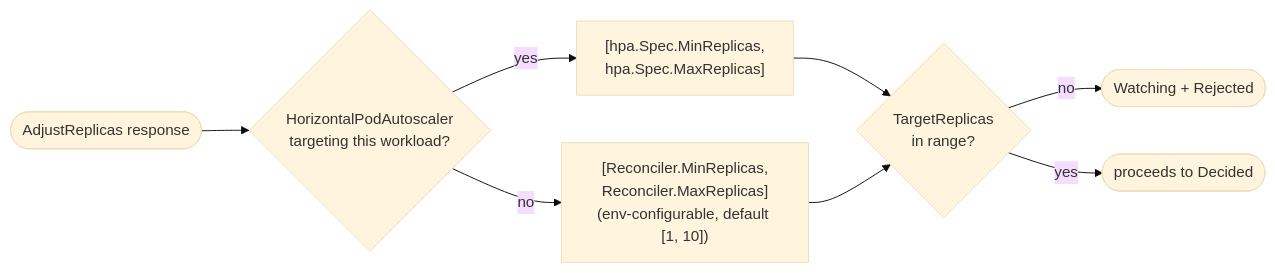
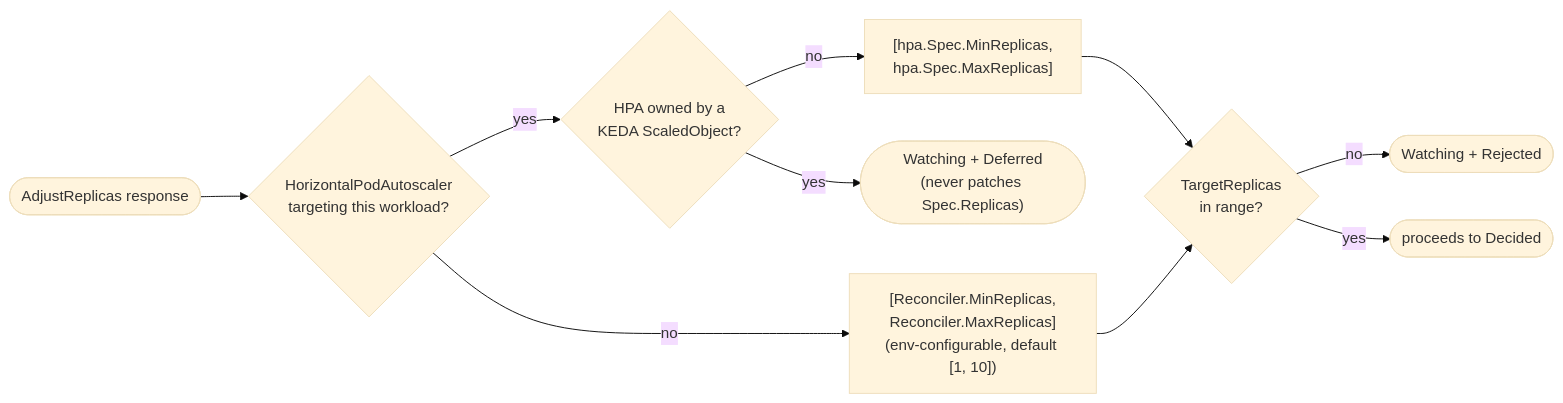
Before and after one commit to HIRO-MicroDataCenters-BV/hiro-adaptive-orchestrator: diagram 12 of 28 in internal/rebalance/README.md, drawn with Mermaid (base theme). The commit also changed other lines of this file and 3 other files, not shown here.

````diff
--- a/internal/rebalance/README.md
+++ b/internal/rebalance/README.md
@@ -557,10 +557,12 @@
 ```mermaid
 flowchart LR
     Resp(["AdjustReplicas response"]) --> Q{"HorizontalPodAutoscaler<br/>targeting this workload?"}
-    Q -- yes --> HPA["[hpa.Spec.MinReplicas,<br/>hpa.Spec.MaxReplicas]"]
+    Q -- yes --> Owner{"HPA owned by a<br/>KEDA ScaledObject?"}
     Q -- no --> Def["[Reconciler.MinReplicas,<br/>Reconciler.MaxReplicas]<br/>(env-configurable, default [1, 10])"]
+    Owner -- yes --> Deferred(["Watching + Deferred<br/>(never patches Spec.Replicas)"])
+    Owner -- no --> HPA["[hpa.Spec.MinReplicas,<br/>hpa.Spec.MaxReplicas]"]
     HPA --> Check{"TargetReplicas<br/>in range?"}
     Def --> Check
     Check -- no --> Rej(["Watching + Rejected"])
     Check -- yes --> OK(["proceeds to Decided"])
 ```
````
